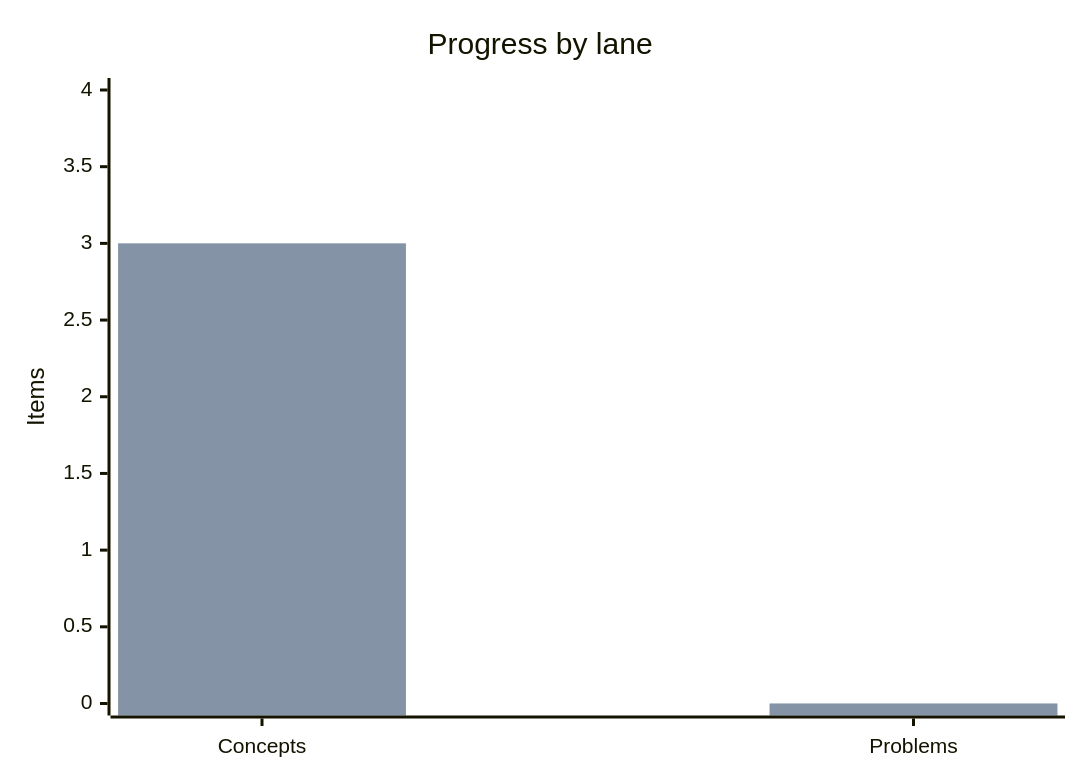
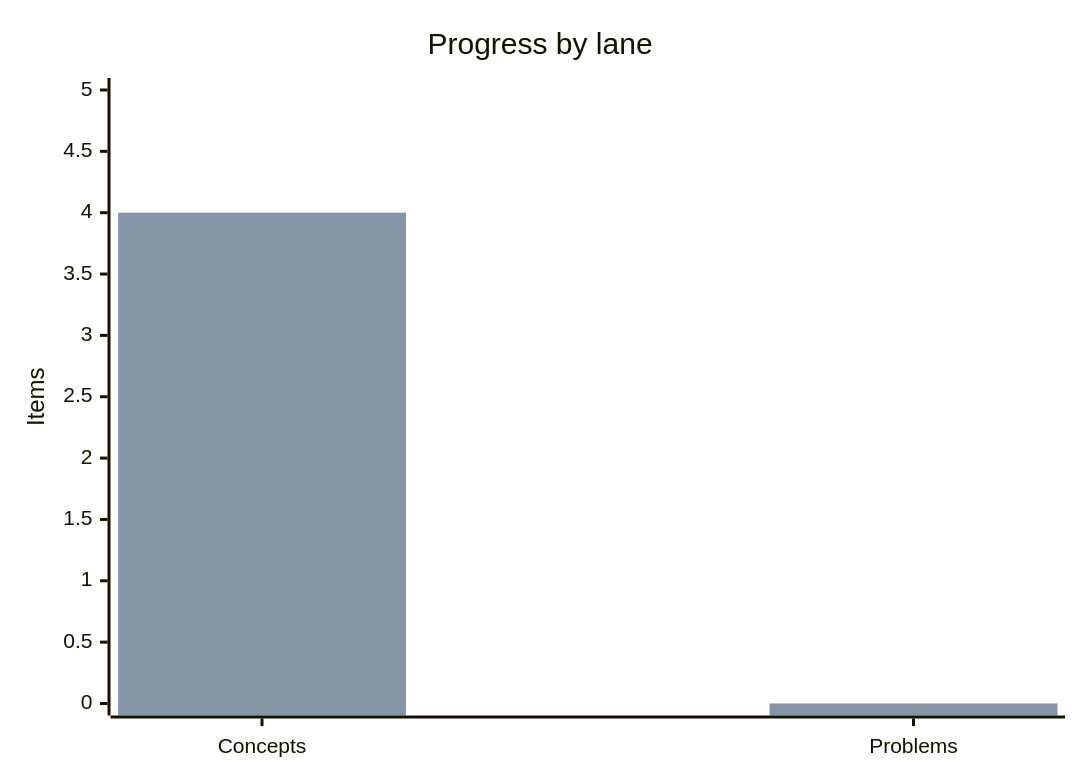
The diagram in README.md (mauli-waghmore/system-design-notes), drawn with Mermaid before and after one commit. The commit also changed other lines of this file and 2 other files, not shown here.

````diff
--- a/README.md
+++ b/README.md
@@ -32,9 +32,9 @@
 ```mermaid
 %%{init: {"xyChart": {"plotColorPalette": ["#0969da", "#3DA639"]}}}%%
 xychart-beta
     title "Progress by lane"
     x-axis ["Concepts", "Problems"]
-    y-axis "Items" 0 --> 4
-    bar [3, 0]
-    bar [3, 0]
+    y-axis "Items" 0 --> 5
+    bar [4, 0]
+    bar [4, 0]
 ```
````
